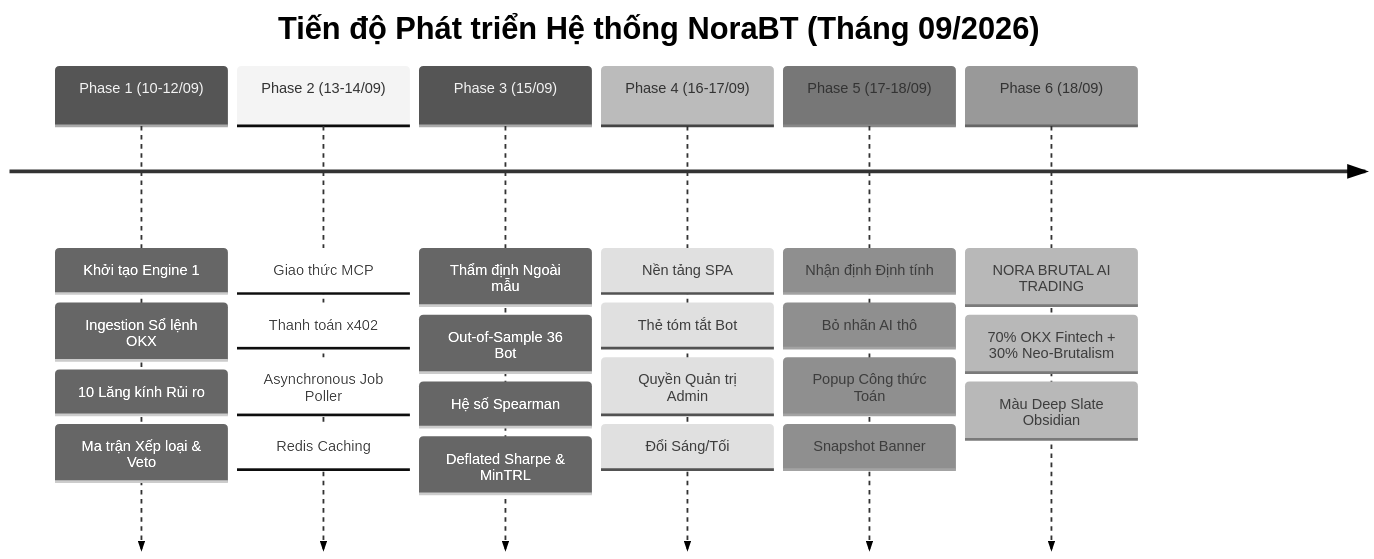
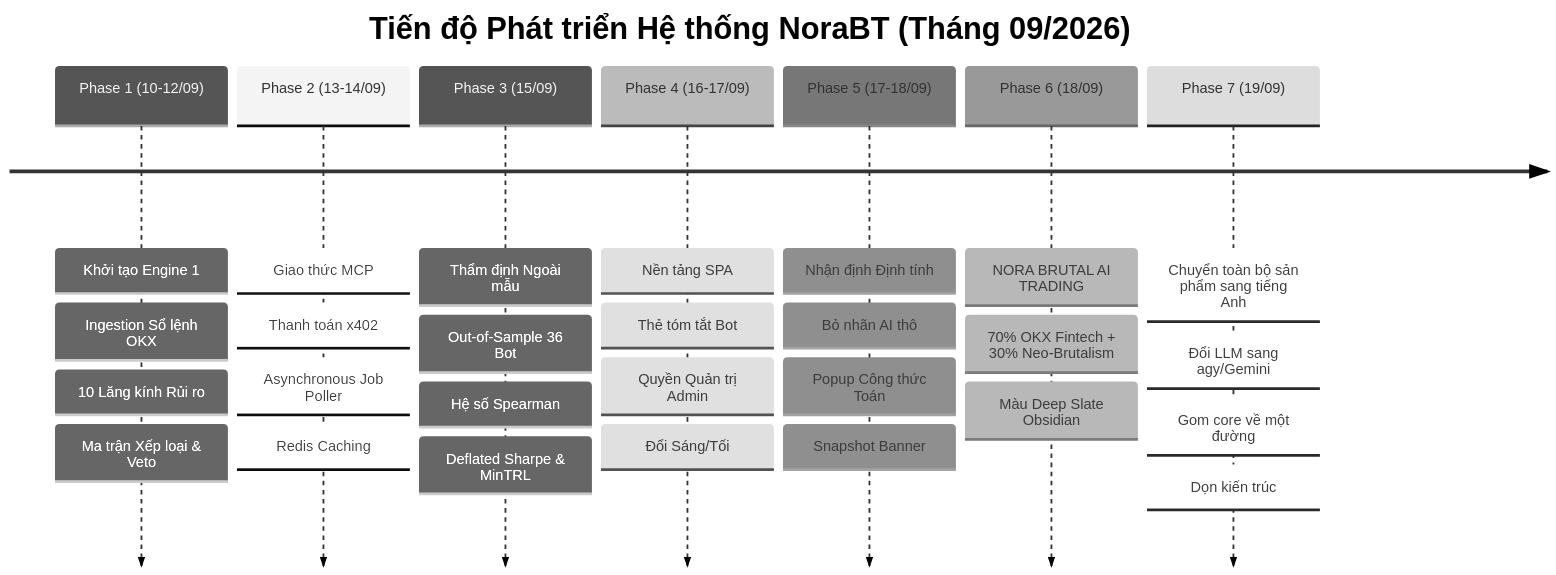
Before and after one commit to nguyenhieptn/norabt: the diagram in Agent/docs/bmad/story/STORY-00_SYSTEM_PROGRESSION_AND_STATUS.md, drawn with Mermaid (neutral theme). The commit also changed other lines of this file and 27 other files, not shown here.

````diff
--- a/Agent/docs/bmad/story/STORY-00_SYSTEM_PROGRESSION_AND_STATUS.md
+++ b/Agent/docs/bmad/story/STORY-00_SYSTEM_PROGRESSION_AND_STATUS.md
@@ -26,10 +26,11 @@
 ```mermaid
 timeline
     title Tiến độ Phát triển Hệ thống NoraBT (Tháng 09/2026)
     Phase 1 (10-12/09) : Khởi tạo Engine 1 : Ingestion Sổ lệnh OKX : 10 Lăng kính Rủi ro : Ma trận Xếp loại & Veto
     Phase 2 (13-14/09) : Giao thức MCP : Thanh toán x402 : Asynchronous Job Poller : Redis Caching
     Phase 3 (15/09)    : Thẩm định Ngoài mẫu : Out-of-Sample 36 Bot : Hệ số Spearman : Deflated Sharpe & MinTRL
     Phase 4 (16-17/09) : Nền tảng SPA : Thẻ tóm tắt Bot : Quyền Quản trị Admin : Đổi Sáng/Tối
     Phase 5 (17-18/09) : Nhận định Định tính : Bỏ nhãn AI thô : Popup Công thức Toán : Snapshot Banner
     Phase 6 (18/09)    : NORA BRUTAL AI TRADING : 70% OKX Fintech + 30% Neo-Brutalism : Màu Deep Slate Obsidian
+    Phase 7 (19/09)    : Chuyển toàn bộ sản phẩm sang tiếng Anh : Đổi LLM sang agy/Gemini : Gom core về một đường : Dọn kiến trúc
 ```
````
